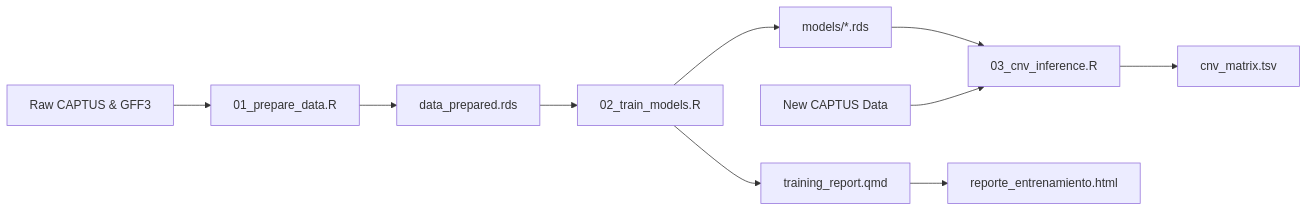
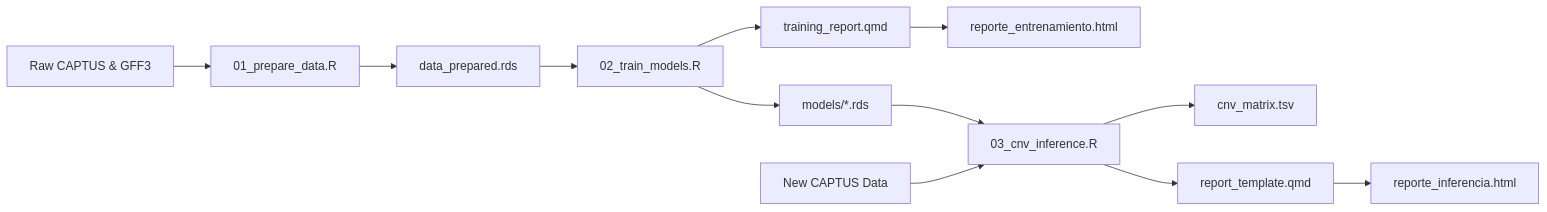
The diagram in README.md (xyzdiego/TargetCNV-ML), drawn with Mermaid before and after one commit. The commit also changed other lines of this file and 5 other files, not shown here.

````diff
--- a/README.md
+++ b/README.md
@@ -125,12 +159,14 @@
 ```mermaid
 flowchart LR
     A["Raw CAPTUS & GFF3"] --> B["01_prepare_data.R"]
     B --> C["data_prepared.rds"]
     C --> D["02_train_models.R"]
     D --> E["models/*.rds"]
+    D --> I["training_report.qmd"]
+    I --> J["reporte_entrenamiento.html"]
     E --> F["03_cnv_inference.R"]
     G["New CAPTUS Data"] --> F
     F --> H["cnv_matrix.tsv"]
-    D --> I["training_report.qmd"]
-    I --> J["reporte_entrenamiento.html"]
+    F --> K["report_template.qmd"]
+    K --> L["reporte_inferencia.html"]
 ```
````
